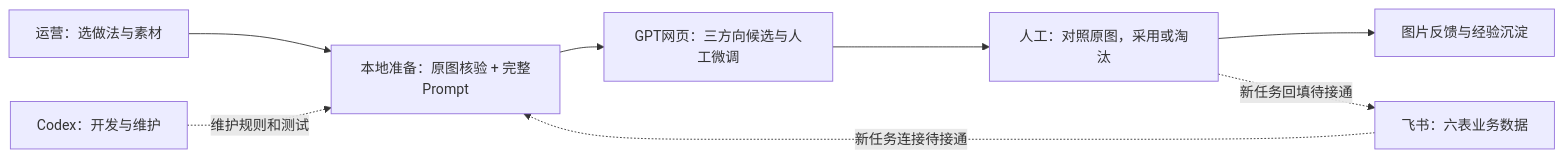
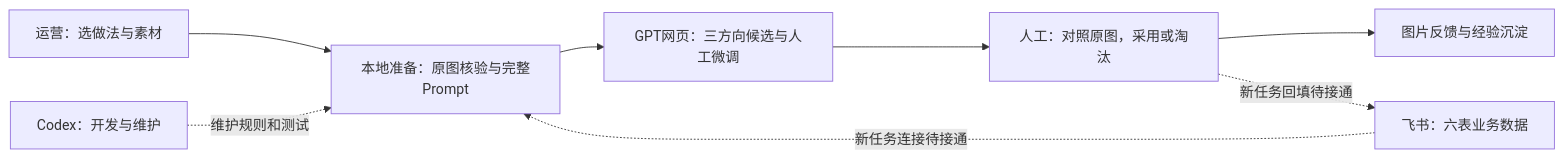
One commit to frog-716/Image-Factory-V2 changed the diagram in README.md. Above: the diagram before and after it, drawn with Mermaid.

Commit message:
Quote Mermaid labels for reliable GitHub rendering

````diff
--- a/README.md
+++ b/README.md
@@ -25,10 +25,10 @@
 ```mermaid
 flowchart LR
-    A[运营：选做法与素材] --> B[本地准备：原图核验 + 完整Prompt]
-    B --> C[GPT网页：三方向候选与人工微调]
-    C --> D[人工：对照原图，采用或淘汰]
-    D --> E[图片反馈与经验沉淀]
-    F[飞书：六表业务数据] -. 新任务连接待接通 .-> B
-    D -. 新任务回填待接通 .-> F
-    G[Codex：开发与维护] -. 维护规则和测试 .-> B
+    A["运营：选做法与素材"] --> B["本地准备：原图核验与完整Prompt"]
+    B --> C["GPT网页：三方向候选与人工微调"]
+    C --> D["人工：对照原图，采用或淘汰"]
+    D --> E["图片反馈与经验沉淀"]
+    F["飞书：六表业务数据"] -.->|"新任务连接待接通"| B
+    D -.->|"新任务回填待接通"| F
+    G["Codex：开发与维护"] -.->|"维护规则和测试"| B
 ```
````
